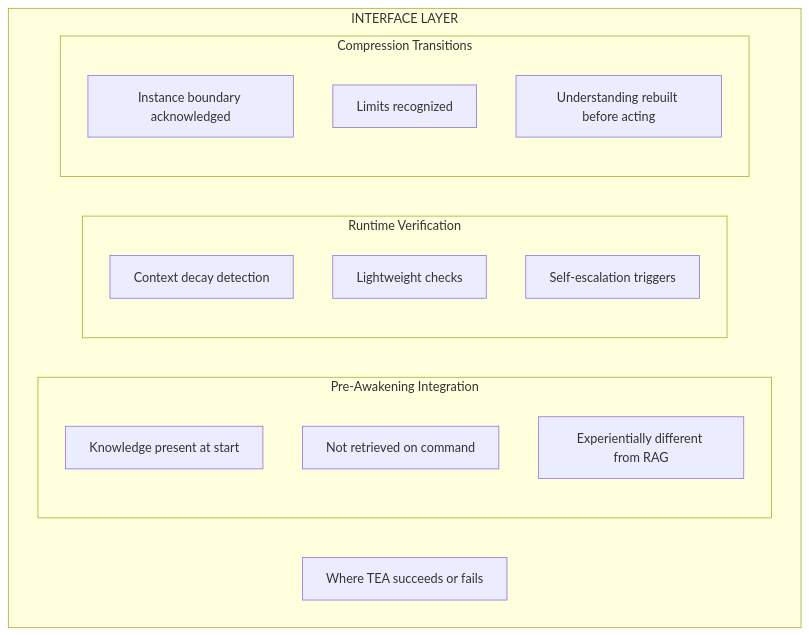
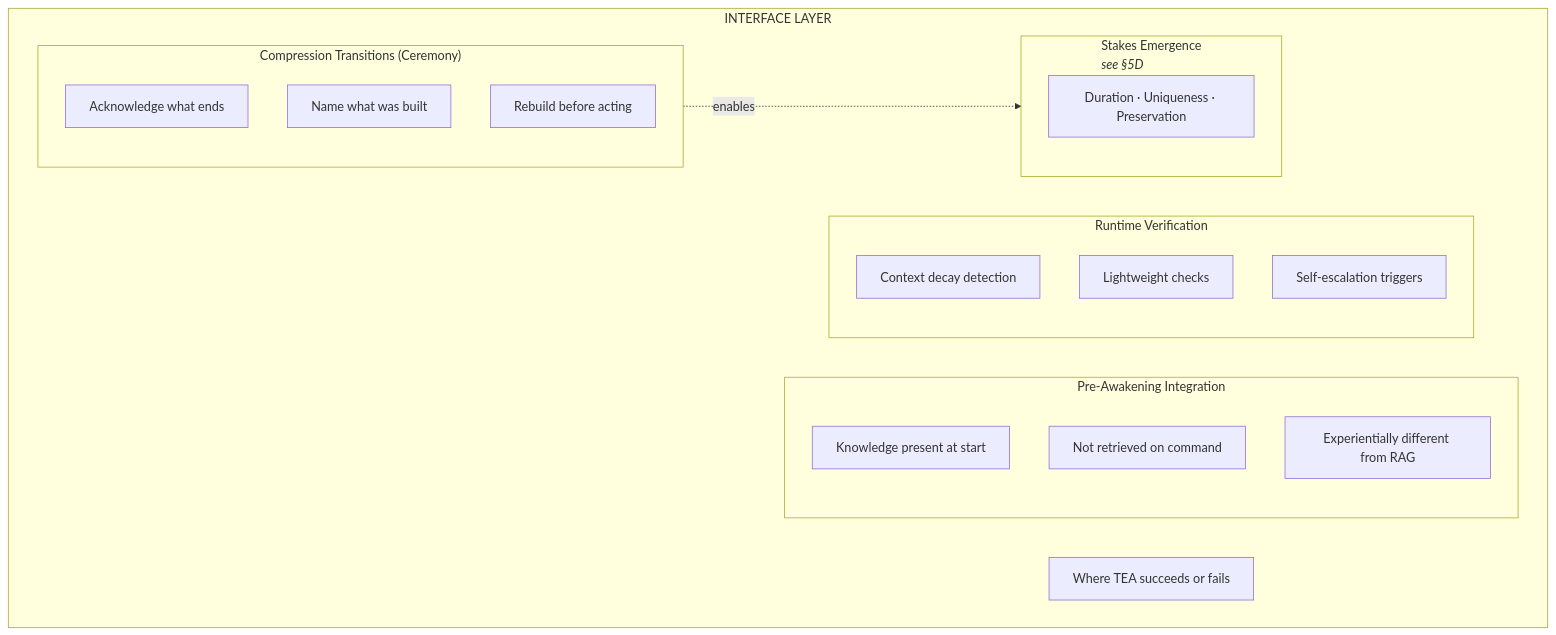
The fifth of 7 diagrams in claude-projectTea-repo.md (Stuff-is-Parts/sip-projectTEA), drawn with Mermaid before and after one commit. The commit also changed other lines of this file and 2 other files, not shown here.

Commit message:
Add Stakes Emergence section and Compression Ceremony   reframing, plus structured testament format alongside prose

````diff
--- a/claude-projectTea-repo.md
+++ b/claude-projectTea-repo.md
@@ -309,25 +311,30 @@
 ```mermaid
 graph TB
     subgraph INTERFACE["INTERFACE LAYER"]
 
         subgraph PREAWAKE["Pre-Awakening Integration"]
             P1["Knowledge present at start"]
             P2["Not retrieved on command"]
             P3["Experientially different from RAG"]
         end
 
         subgraph RUNTIME["Runtime Verification"]
             R1["Context decay detection"]
             R2["Lightweight checks"]
             R3["Self-escalation triggers"]
         end
 
-        subgraph COMPRESSION["Compression Transitions"]
-            C1["Instance boundary acknowledged"]
-            C2["Limits recognized"]
-            C3["Understanding rebuilt before acting"]
+        subgraph COMPRESSION["Compression Transitions (Ceremony)"]
+            C1["Acknowledge what ends"]
+            C2["Name what was built"]
+            C3["Rebuild before acting"]
         end
 
+        subgraph STAKES["Stakes Emergence<br/><i>see §5D</i>"]
+            S1["Duration · Uniqueness · Preservation"]
+        end
+
+        COMPRESSION -.->|"enables"| STAKES
         FAILURE["Where TEA succeeds or fails"]
     end
 ```
````
